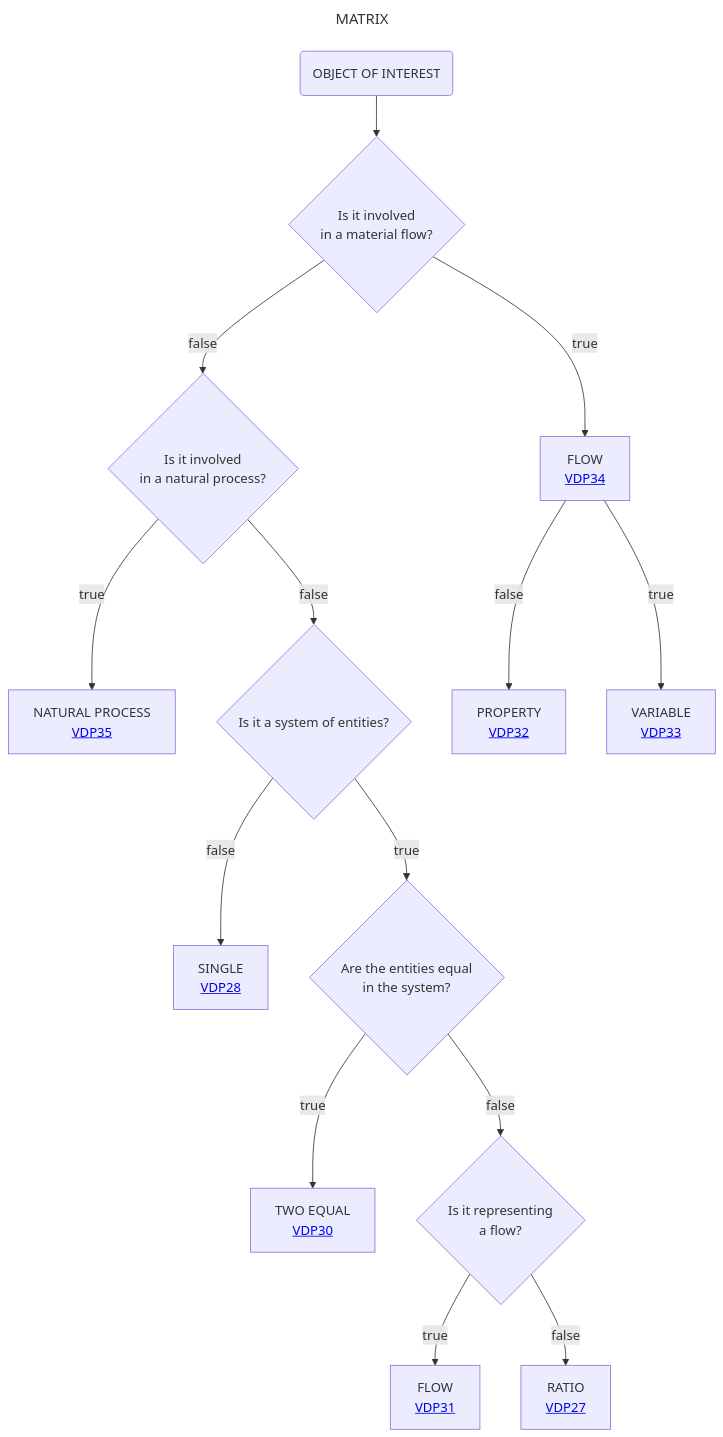
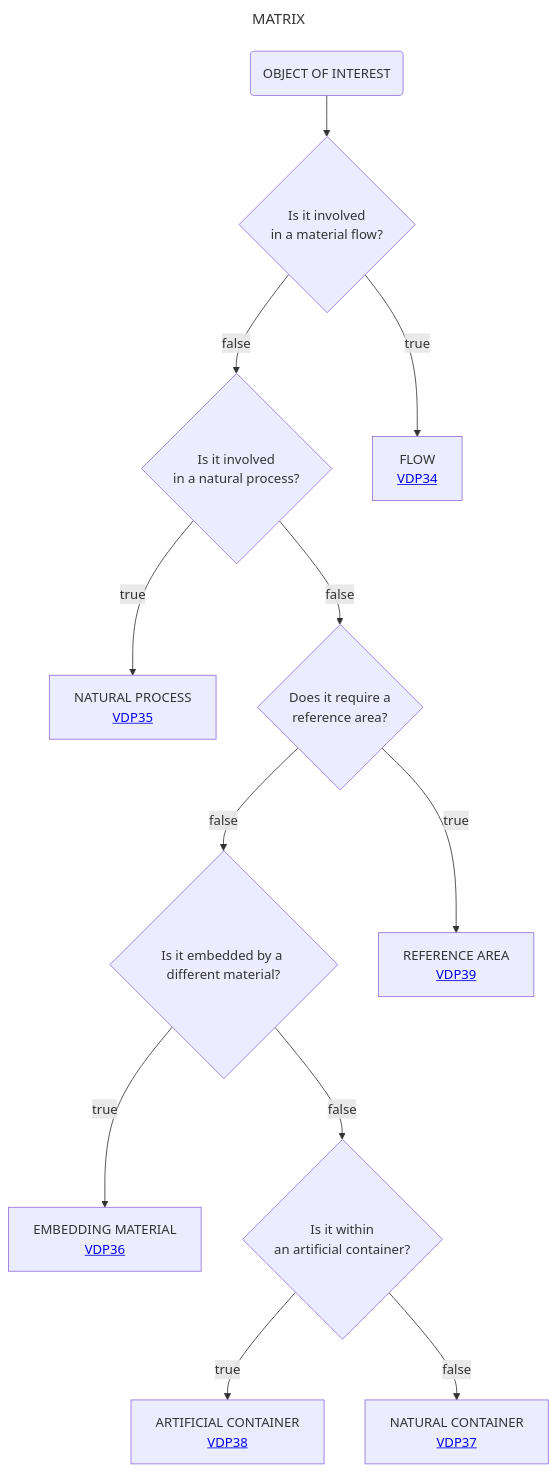
Before and after one commit to mabablue/I-ADOPT-patterns-playground: the diagram in Decisition_trees/DT7.mmd, drawn with Mermaid. The commit also changed other lines of this file, not shown here.

```diff
--- a/Decisition_trees/DT7.mmd
+++ b/Decisition_trees/DT7.mmd
@@ -1,17 +1,15 @@
 ---
 title: MATRIX
 ---
 flowchart TD
     A(OBJECT OF INTEREST) --> AB{Is it involved <br> in a material flow?}  
     AB --> |false|B{Is it involved <br> in a natural process?}
     AB --> |true|O[FLOW <br> <a href='https://github.com/mabablue/I-ADOPT-patterns-playground/blob/main/pattern/VDP34.yaml'>VDP34</a>]
     B --> |true|C[NATURAL PROCESS <br> <a href='https://github.com/mabablue/I-ADOPT-patterns-playground/blob/main/pattern/VDP35.yaml'>VDP35</a>]
-    B --> |false|D{Is it a system of entities?}
-    D --> |false|E[SINGLE <br> <a href='https://github.com/mabablue/I-ADOPT-patterns-playground/blob/main/pattern/VDP28.yaml'>VDP28</a>]
-    D --> |true|F{Are the entities equal <br> in the system?}
-    F --> |true|G[TWO EQUAL <br> <a href='https://github.com/mabablue/I-ADOPT-patterns-playground/blob/main/pattern/VDP30.yaml'>VDP30</a>]
-    F --> |false|H{Is it representing <br> a flow?}
-    H --> |true|I[FLOW <br> <a href='https://github.com/mabablue/I-ADOPT-patterns-playground/blob/main/pattern/VDP31.yaml'>VDP31</a>]
-    H --> |false|J[RATIO <br> <a href='https://github.com/mabablue/I-ADOPT-patterns-playground/blob/main/pattern/VDP27.yaml'>VDP27</a>]
-    O --> |false|Q[PROPERTY <br> <a href='https://github.com/mabablue/I-ADOPT-patterns-playground/blob/main/pattern/VDP32.yaml'>VDP32</a>]
-    O --> |true|R[VARIABLE <br> <a href='https://github.com/mabablue/I-ADOPT-patterns-playground/blob/main/pattern/VDP33.yaml'>VDP33</a>]
+    B --> |false|D{Does it require a <br> reference area?}
+    D --> |false|E{Is it embedded by a different material?}
+    D --> |true|F[REFERENCE AREA <br> <a href='https://github.com/mabablue/I-ADOPT-patterns-playground/blob/main/pattern/VDP39.yaml'>VDP39</a>]
+    E --> |true|G[EMBEDDING MATERIAL <br> <a href='https://github.com/mabablue/I-ADOPT-patterns-playground/blob/main/pattern/VDP36.yaml'>VDP36</a>]
+    E --> |false|H{Is it within <br> an artificial container?}
+    H --> |true|I[ARTIFICIAL CONTAINER <br> <a href='https://github.com/mabablue/I-ADOPT-patterns-playground/blob/main/pattern/VDP38.yaml'>VDP38</a>]
+    H --> |false|J[NATURAL CONTAINER <br> <a href='https://github.com/mabablue/I-ADOPT-patterns-playground/blob/main/pattern/VDP37.yaml'>VDP37</a>]
```
